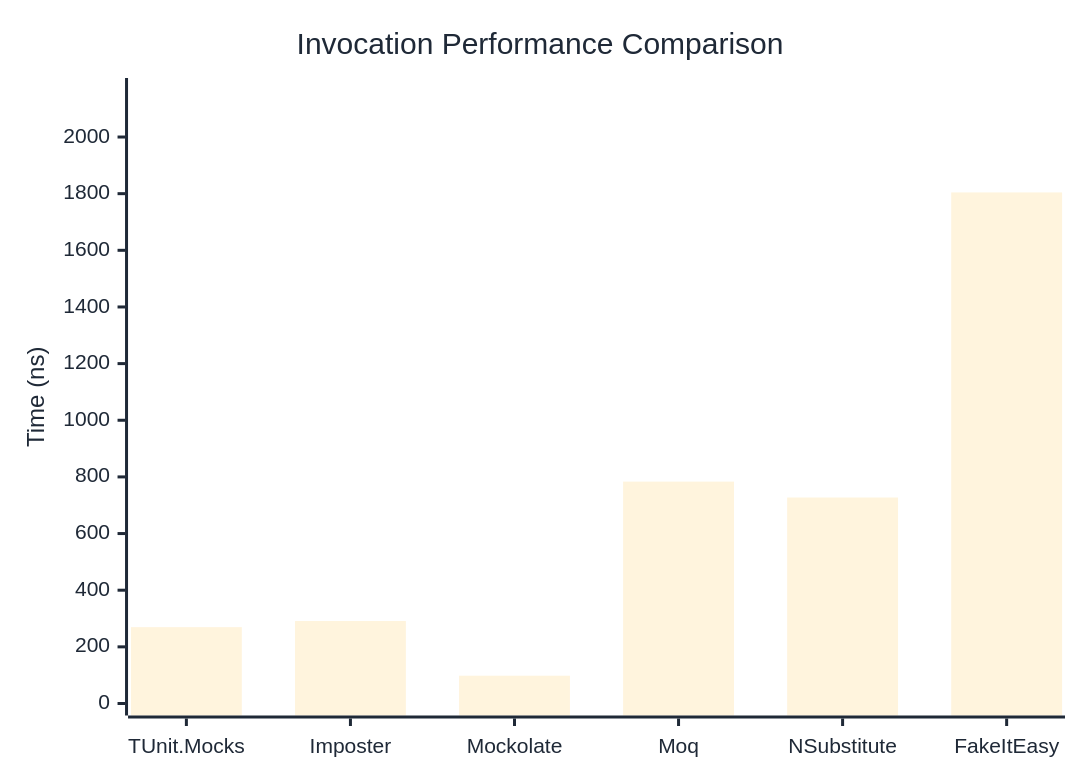
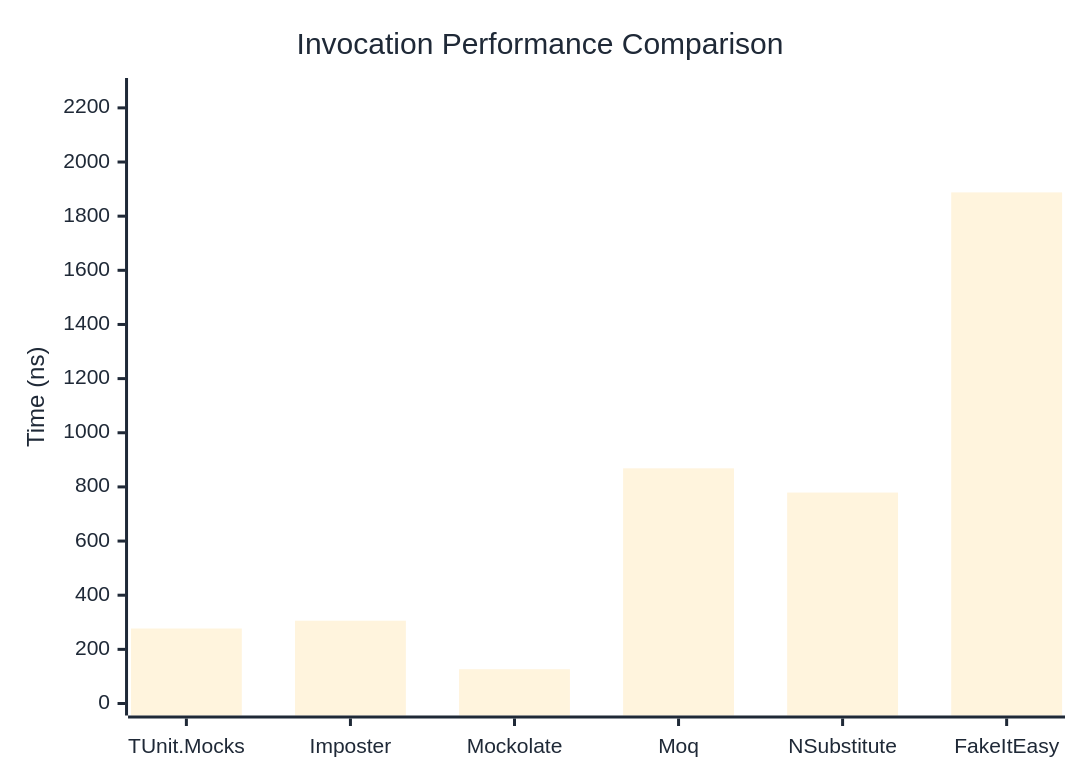
One commit to thomhurst/TUnit changed the first of 3 diagrams in docs/docs/benchmarks/mocks/Invocation.md. Above: the diagram before and after it, drawn with Mermaid. The commit also changed other lines of this file and 14 other files, not shown here.

````diff
--- a/docs/docs/benchmarks/mocks/Invocation.md
+++ b/docs/docs/benchmarks/mocks/Invocation.md
@@ -30,27 +30,27 @@
 ```mermaid
 %%{init: {
   'theme':'base',
   'themeVariables': {
     'primaryColor': '#2563eb',
     'primaryTextColor': '#1f2937',
     'primaryBorderColor': '#1e40af',
     'lineColor': '#6b7280',
     'secondaryColor': '#7c3aed',
     'tertiaryColor': '#dc2626',
     'background': '#ffffff',
     'pie1': '#2563eb',
     'pie2': '#7c3aed',
     'pie3': '#dc2626',
     'pie4': '#f59e0b',
     'pie5': '#10b981',
     'pie6': '#06b6d4',
     'pie7': '#ec4899',
     'pie8': '#6366f1'
   }
 }}%%
 xychart-beta
   title "Invocation Performance Comparison"
   x-axis ["TUnit.Mocks", "Imposter", "Mockolate", "Moq", "NSubstitute", "FakeItEasy"]
-  y-axis "Time (ns)" 0 --> 2166
-  bar [269.55, 291.17, 98.13, 783.41, 727.26, 1804.38]
+  y-axis "Time (ns)" 0 --> 2266
+  bar [277, 305.8, 126.6, 868.6, 779.1, 1887.8]
 ```
````
